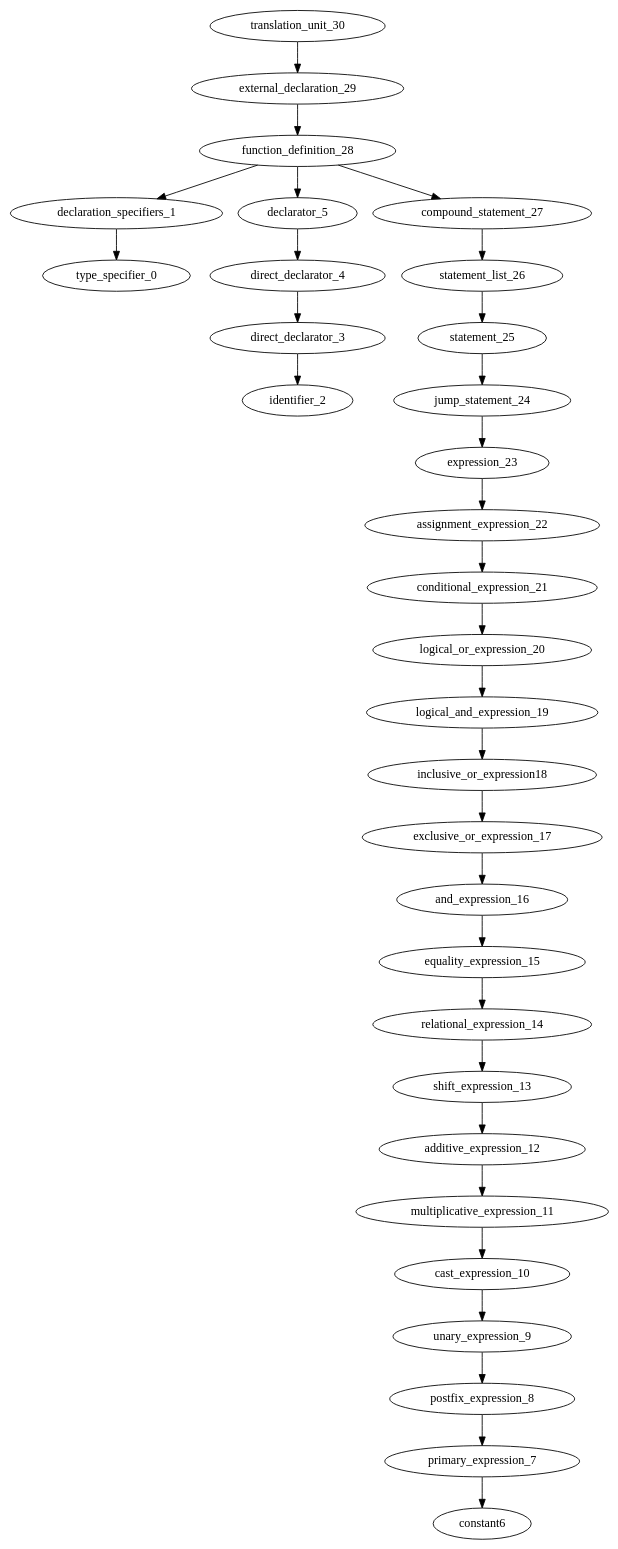
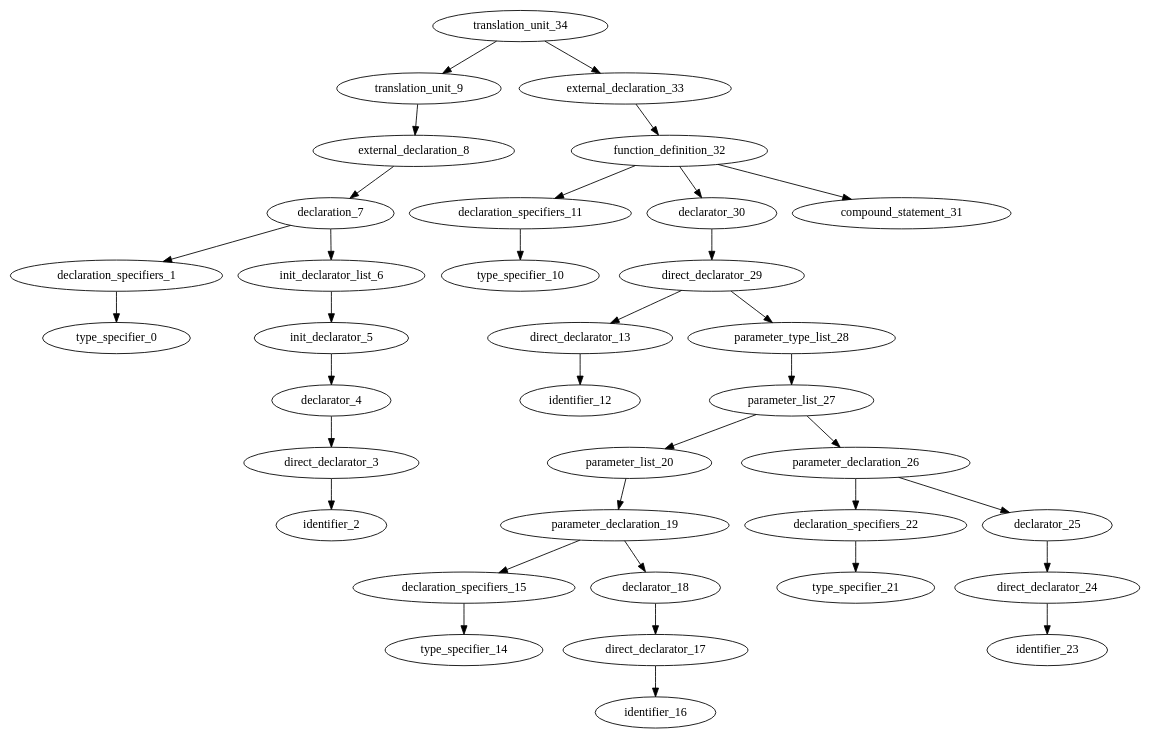
The diagram in graphs/default.gv (ahpalmerUNR/c_compiler), drawn with Graphviz before and after one commit. The commit also changed 6 other files, not shown here.

```diff
--- a/graphs/default.gv
+++ b/graphs/default.gv
@@ -1,32 +1,36 @@
 digraph AST {
-	translation_unit_30 -> external_declaration_29;
-	external_declaration_29 -> function_definition_28;
-	function_definition_28 -> declaration_specifiers_1;
+	translation_unit_34 -> translation_unit_9;
+	translation_unit_9 -> external_declaration_8;
+	external_declaration_8 -> declaration_7;
+	declaration_7 -> declaration_specifiers_1;
 	declaration_specifiers_1 -> type_specifier_0;
-	function_definition_28 -> declarator_5;
-	declarator_5 -> direct_declarator_4;
-	direct_declarator_4 -> direct_declarator_3;
+	declaration_7 -> init_declarator_list_6;
+	init_declarator_list_6 -> init_declarator_5;
+	init_declarator_5 -> declarator_4;
+	declarator_4 -> direct_declarator_3;
 	direct_declarator_3 -> identifier_2;
-	function_definition_28 -> compound_statement_27;
-	compound_statement_27 -> statement_list_26;
-	statement_list_26 -> statement_25;
-	statement_25 -> jump_statement_24;
-	jump_statement_24 -> expression_23;
-	expression_23 -> assignment_expression_22;
-	assignment_expression_22 -> conditional_expression_21;
-	conditional_expression_21 -> logical_or_expression_20;
-	logical_or_expression_20 -> logical_and_expression_19;
-	logical_and_expression_19 -> inclusive_or_expression18;
-	inclusive_or_expression18 -> exclusive_or_expression_17;
-	exclusive_or_expression_17 -> and_expression_16;
-	and_expression_16 -> equality_expression_15;
-	equality_expression_15 -> relational_expression_14;
-	relational_expression_14 -> shift_expression_13;
-	shift_expression_13 -> additive_expression_12;
-	additive_expression_12 -> multiplicative_expression_11;
-	multiplicative_expression_11 -> cast_expression_10;
-	cast_expression_10 -> unary_expression_9;
-	unary_expression_9 -> postfix_expression_8;
-	postfix_expression_8 -> primary_expression_7;
-	primary_expression_7 -> constant6;
+	translation_unit_34 -> external_declaration_33;
+	external_declaration_33 -> function_definition_32;
+	function_definition_32 -> declaration_specifiers_11;
+	declaration_specifiers_11 -> type_specifier_10;
+	function_definition_32 -> declarator_30;
+	declarator_30 -> direct_declarator_29;
+	direct_declarator_29 -> direct_declarator_13;
+	direct_declarator_13 -> identifier_12;
+	direct_declarator_29 -> parameter_type_list_28;
+	parameter_type_list_28 -> parameter_list_27;
+	parameter_list_27 -> parameter_list_20;
+	parameter_list_20 -> parameter_declaration_19;
+	parameter_declaration_19 -> declaration_specifiers_15;
+	declaration_specifiers_15 -> type_specifier_14;
+	parameter_declaration_19 -> declarator_18;
+	declarator_18 -> direct_declarator_17;
+	direct_declarator_17 -> identifier_16;
+	parameter_list_27 -> parameter_declaration_26;
+	parameter_declaration_26 -> declaration_specifiers_22;
+	declaration_specifiers_22 -> type_specifier_21;
+	parameter_declaration_26 -> declarator_25;
+	declarator_25 -> direct_declarator_24;
+	direct_declarator_24 -> identifier_23;
+	function_definition_32 -> compound_statement_31;
 }
```
